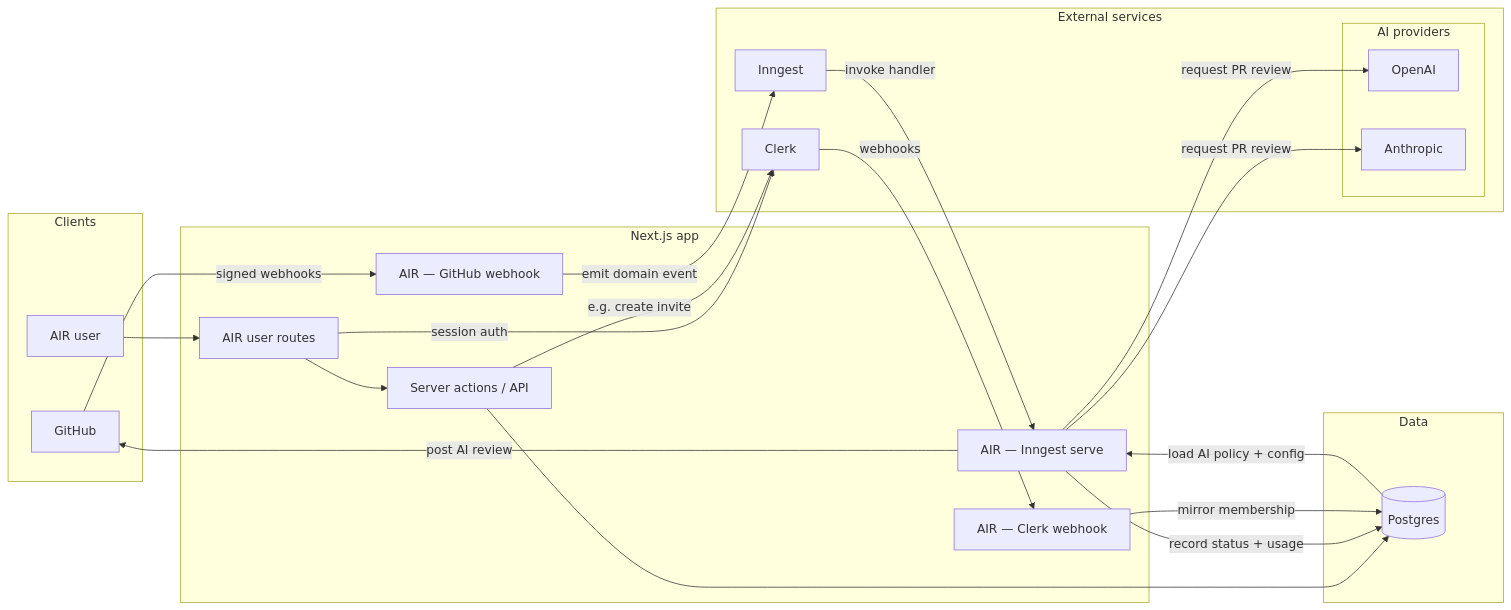
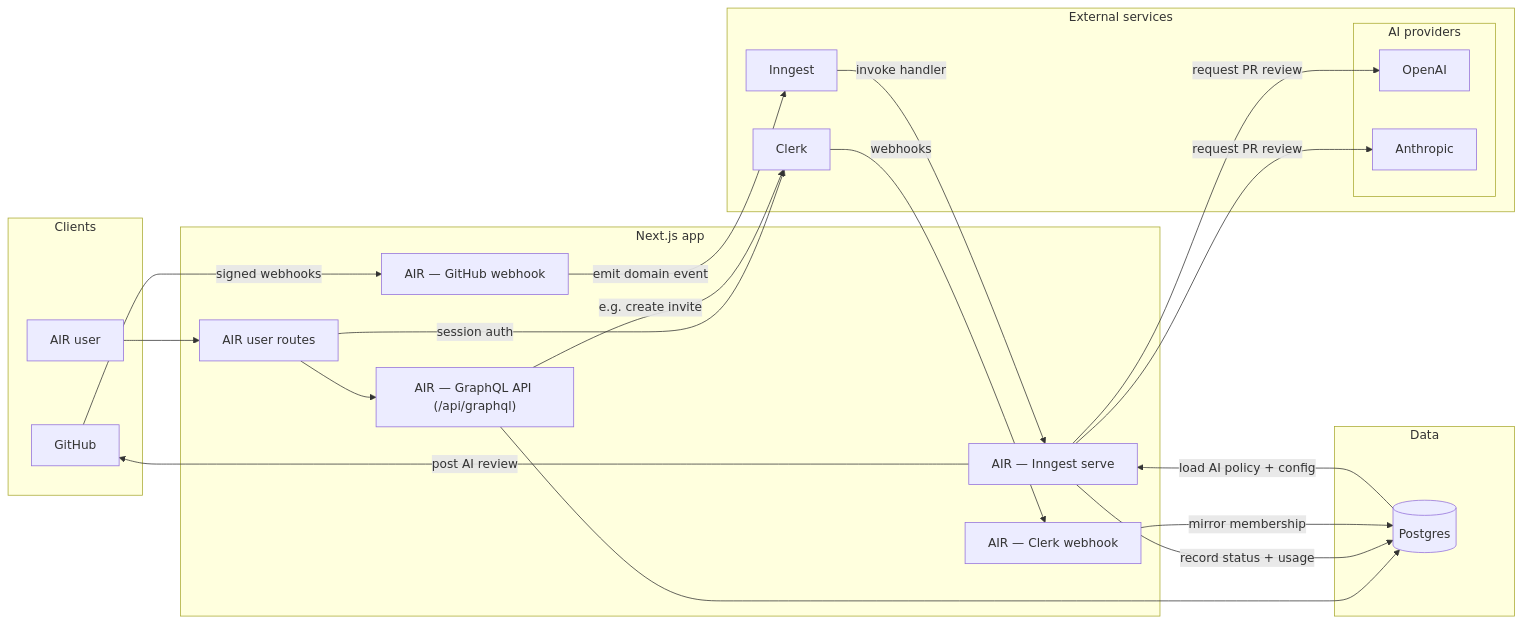
Before and after one commit to kworam-self/AIR: the first of 3 diagrams in docs/system-architecture.md, drawn with Mermaid. The commit also changed other lines of this file and 2 other files, not shown here.

First line of the commit message:
docs: adopt classic GraphQL for dashboard/data APIs

````diff
--- a/docs/system-architecture.md
+++ b/docs/system-architecture.md
@@ -9,46 +9,46 @@
 ```mermaid
 flowchart LR
   subgraph clients [Clients]
     GH[GitHub]
     AirUser[AIR user]
   end
 
   subgraph next [Next.js app]
     AIRRoutes[AIR user routes]
     WH["AIR — GitHub webhook"]
     CW["AIR — Clerk webhook"]
     INH["AIR — Inngest serve"]
-    API[Server actions / API]
+    GQL["AIR — GraphQL API (/api/graphql)"]
   end
 
   subgraph services [External services]
     Clerk[Clerk]
     Inngest[Inngest]
     subgraph ai [AI providers]
       OAI[OpenAI]
       ANT[Anthropic]
     end
   end
 
   subgraph data [Data]
     DB[(Postgres)]
   end
 
   AirUser --> AIRRoutes
   AIRRoutes -->|session auth| Clerk
-  AIRRoutes --> API
-  API --> DB
-  API -->|e.g. create invite| Clerk
+  AIRRoutes --> GQL
+  GQL --> DB
+  GQL -->|e.g. create invite| Clerk
 
   GH -->|signed webhooks| WH
   WH -->|emit domain event| Inngest
   Inngest -->|invoke handler| INH
   DB -->|load AI policy + config| INH
   INH -->|record status + usage| DB
   INH -->|request PR review| OAI
   INH -->|request PR review| ANT
   INH -->|post AI review| GH
 
   Clerk -->|webhooks| CW
   CW -->|mirror membership| DB
 ```
````
